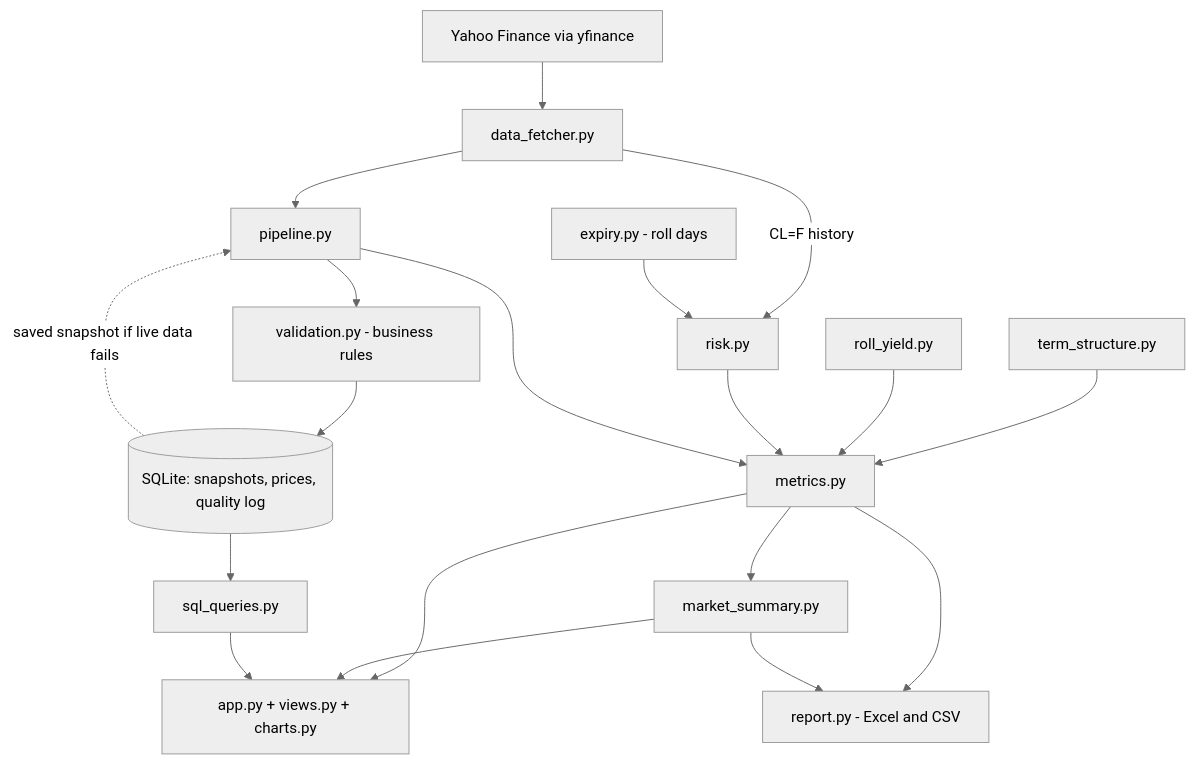
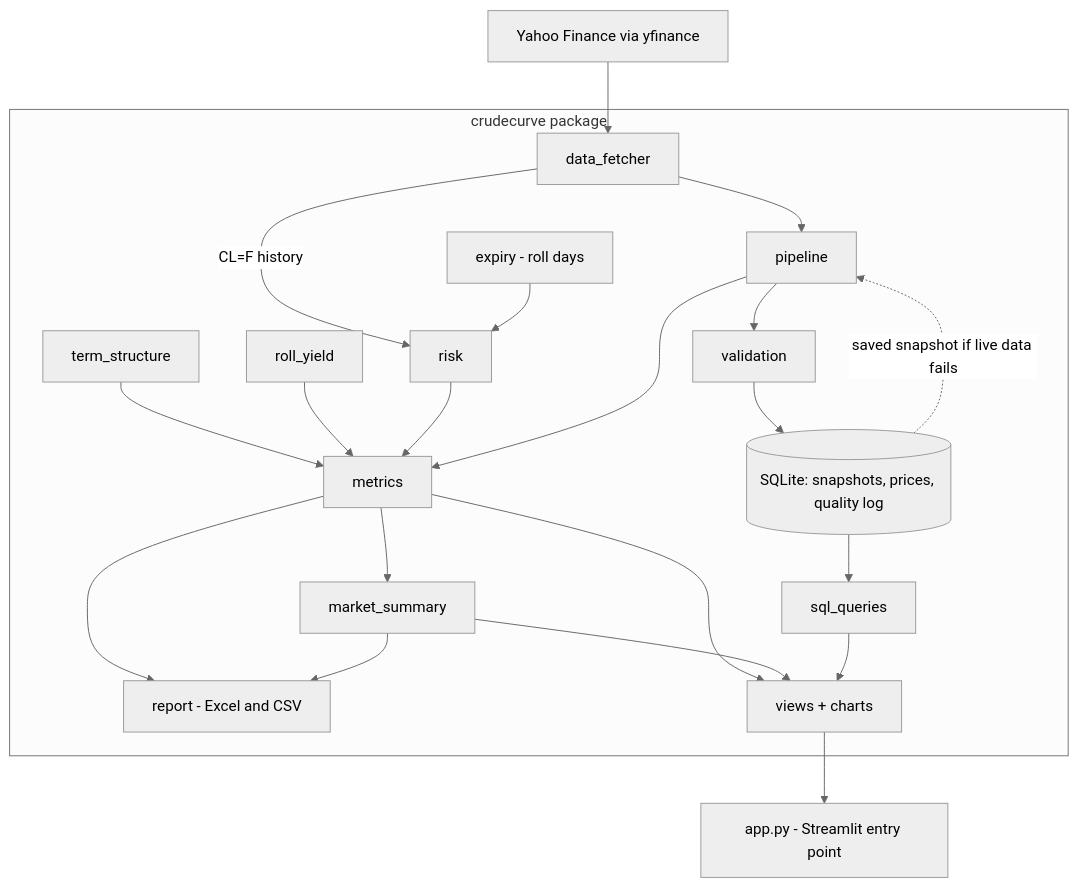
The diagram in README.md (Tanish-Shitanshu/crudecurve), drawn with Mermaid (neutral theme) before and after one commit. The commit also changed other lines of this file and 8 other files, not shown here.

````diff
--- a/README.md
+++ b/README.md
@@ -70,23 +68,26 @@
 ```mermaid
 flowchart TD
-    Y[Yahoo Finance via yfinance] --> F[data_fetcher.py]
-    F --> P[pipeline.py]
-    P --> V[validation.py - business rules]
-    V --> DB[(SQLite: snapshots, prices, quality log)]
-    DB -. saved snapshot if live data fails .-> P
+    Y[Yahoo Finance via yfinance] --> F[data_fetcher]
+    subgraph pkg [crudecurve package]
+        F --> P[pipeline]
+        P --> V[validation]
+        V --> DB[(SQLite: snapshots, prices, quality log)]
+        DB -. saved snapshot if live data fails .-> P
 
-    F -->|CL=F history| R[risk.py]
-    E[expiry.py - roll days] --> R
-    TS[term_structure.py] --> M[metrics.py]
-    RY[roll_yield.py] --> M
-    R --> M
-    P --> M
-    DB --> Q[sql_queries.py]
+        F -->|CL=F history| R[risk]
+        E[expiry - roll days] --> R
+        TS[term_structure] --> M[metrics]
+        RY[roll_yield] --> M
+        R --> M
+        P --> M
+        DB --> Q[sql_queries]
 
-    M --> MS[market_summary.py]
-    M --> X[report.py - Excel and CSV]
-    M --> A[app.py + views.py + charts.py]
-    MS --> A
-    MS --> X
-    Q --> A
+        M --> MS[market_summary]
+        M --> X[report - Excel and CSV]
+        M --> VW[views + charts]
+        MS --> VW
+        MS --> X
+        Q --> VW
+    end
+    VW --> A[app.py - Streamlit entry point]
 ```
````
